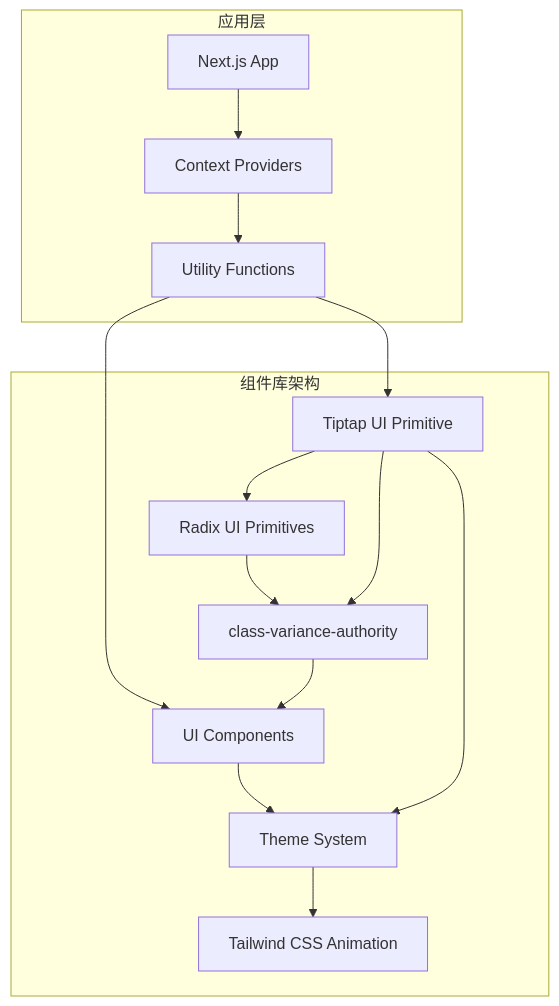
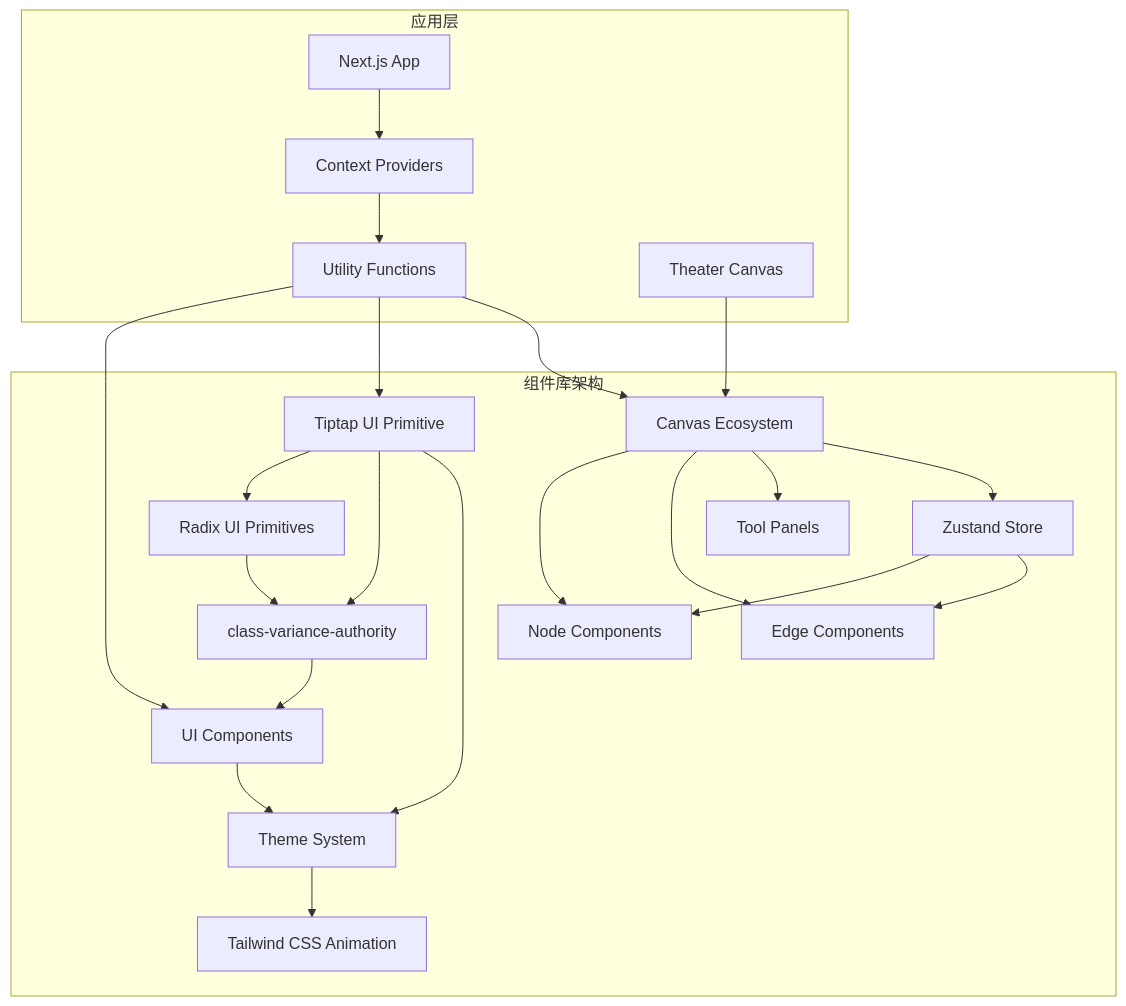
Before and after one commit to KunLabAI/KunFlix: the second of 5 diagrams in .qoder/repowiki/zh/content/前端开发指南/UI 组件设计.md, drawn with Mermaid. The commit also changed other lines of this file and 24 other files, not shown here.

````diff
--- a/.qoder/repowiki/zh/content/前端开发指南/UI 组件设计.md
+++ b/.qoder/repowiki/zh/content/前端开发指南/UI 组件设计.md
@@ -237,27 +245,41 @@
 ```mermaid
 graph TB
 subgraph "组件库架构"
 PRIMITIVE["Radix UI Primitives"]
 VARIANTS["class-variance-authority"]
 COMPONENTS["UI Components"]
 TIPTAP_PRIMITIVE["Tiptap UI Primitive"]
 THEME["Theme System"]
 ANIMATION["Tailwind CSS Animation"]
+CANVAS["Canvas Ecosystem"]
+STORE["Zustand Store"]
+NODES["Node Components"]
+EDGES["Edge Components"]
+PANELS["Tool Panels"]
 end
 subgraph "应用层"
 APP["Next.js App"]
 CONTEXT["Context Providers"]
 UTILS["Utility Functions"]
+THEATER["Theater Canvas"]
 end
 PRIMITIVE --> VARIANTS
 VARIANTS --> COMPONENTS
 COMPONENTS --> THEME
 THEME --> ANIMATION
 TIPTAP_PRIMITIVE --> PRIMITIVE
 TIPTAP_PRIMITIVE --> VARIANTS
 TIPTAP_PRIMITIVE --> THEME
+CANVAS --> NODES
+CANVAS --> EDGES
+CANVAS --> PANELS
+CANVAS --> STORE
+STORE --> NODES
+STORE --> EDGES
+THEATER --> CANVAS
 APP --> CONTEXT
 CONTEXT --> UTILS
 UTILS --> COMPONENTS
 UTILS --> TIPTAP_PRIMITIVE
+UTILS --> CANVAS
 ```
````
